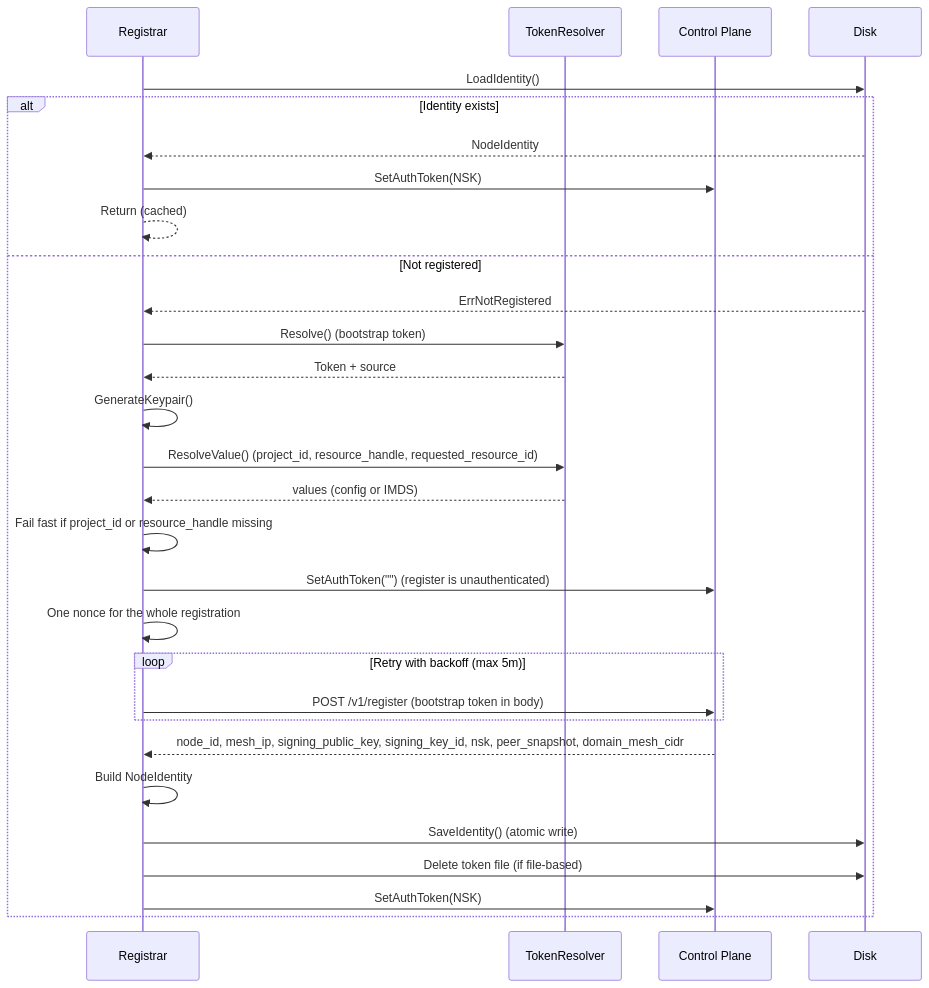
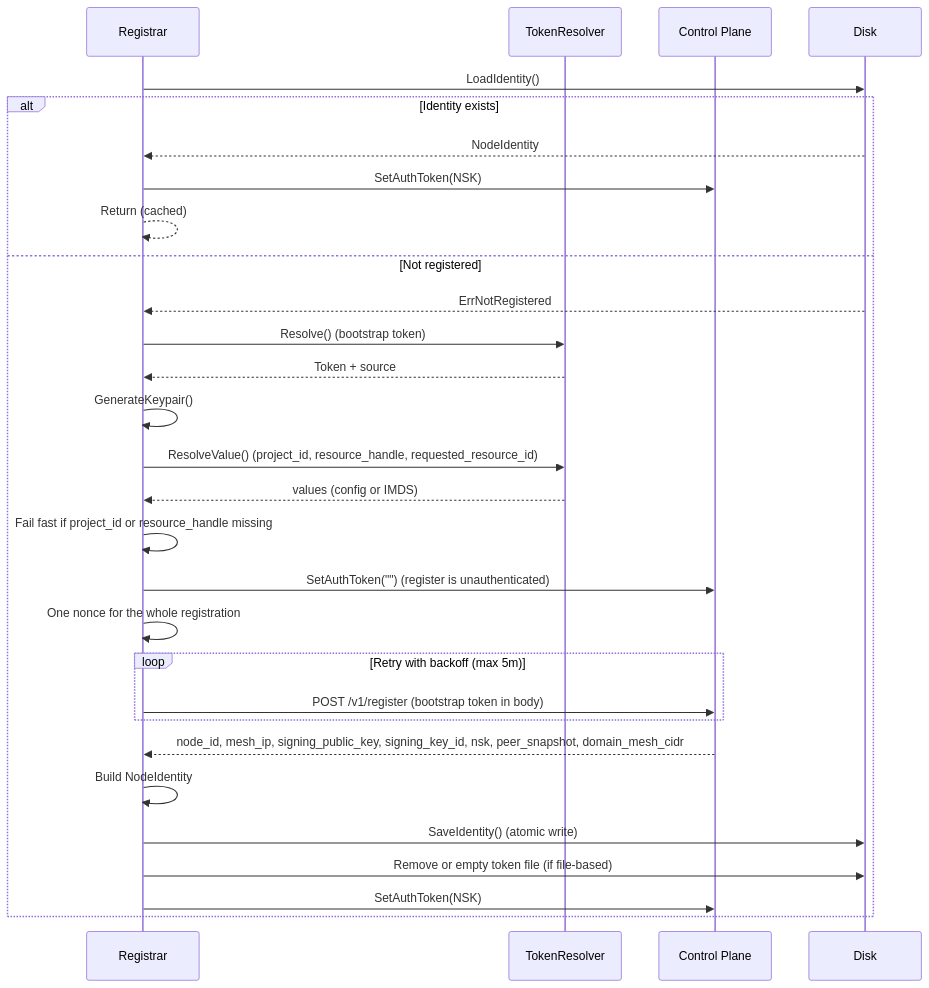
The diagram in docs/reference/core/registration.md (plexsphere/plexd), drawn with Mermaid before and after one commit. The commit also changed other lines of this file and 7 other files, not shown here.

````diff
--- a/docs/reference/core/registration.md
+++ b/docs/reference/core/registration.md
@@ -237,32 +237,32 @@
 ```mermaid
 sequenceDiagram
     participant R as Registrar
     participant TR as TokenResolver
     participant CP as Control Plane
     participant D as Disk
 
     R->>D: LoadIdentity()
     alt Identity exists
         D-->>R: NodeIdentity
         R->>CP: SetAuthToken(NSK)
         R-->>R: Return (cached)
     else Not registered
         D-->>R: ErrNotRegistered
         R->>TR: Resolve() (bootstrap token)
         TR-->>R: Token + source
         R->>R: GenerateKeypair()
         R->>TR: ResolveValue() (project_id, resource_handle, requested_resource_id)
         TR-->>R: values (config or IMDS)
         R->>R: Fail fast if project_id or resource_handle missing
         R->>CP: SetAuthToken("") (register is unauthenticated)
         R->>R: One nonce for the whole registration
         loop Retry with backoff (max 5m)
             R->>CP: POST /v1/register (bootstrap token in body)
         end
         CP-->>R: node_id, mesh_ip, signing_public_key, signing_key_id, nsk, peer_snapshot, domain_mesh_cidr
         R->>R: Build NodeIdentity
         R->>D: SaveIdentity() (atomic write)
-        R->>D: Delete token file (if file-based)
+        R->>D: Remove or empty token file (if file-based)
         R->>CP: SetAuthToken(NSK)
     end
 ```
````
